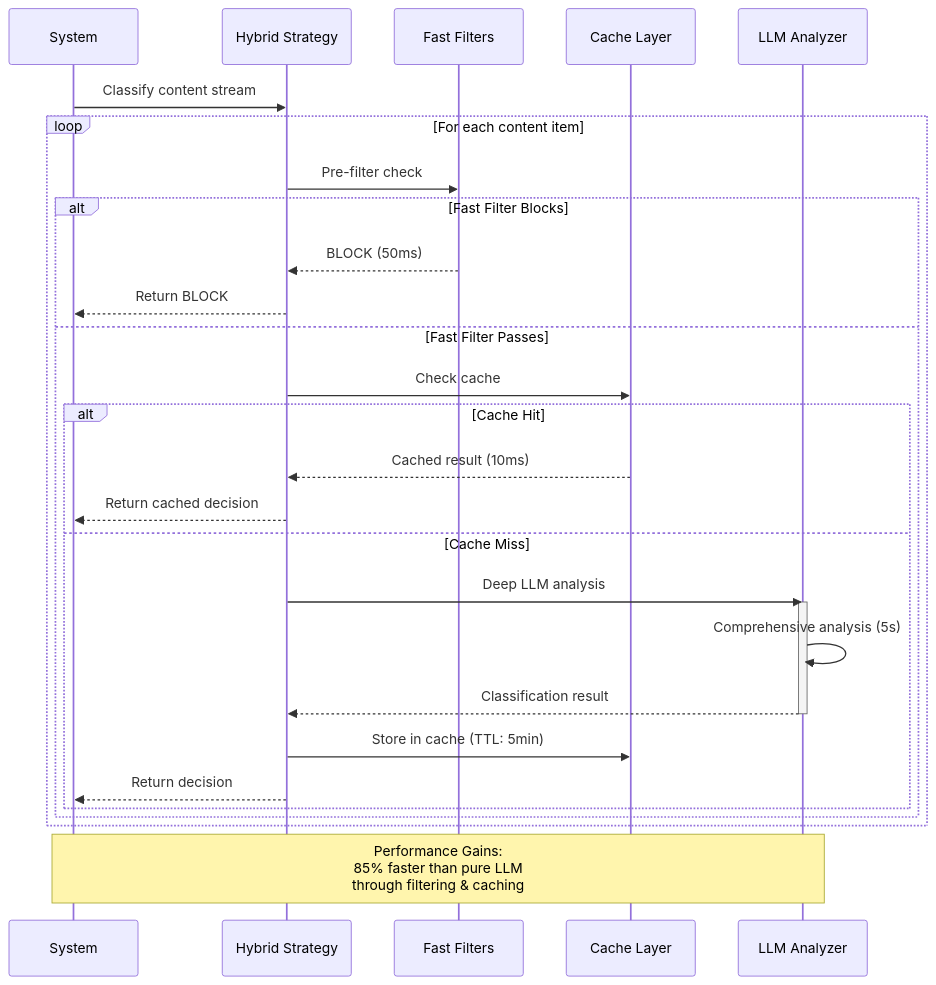
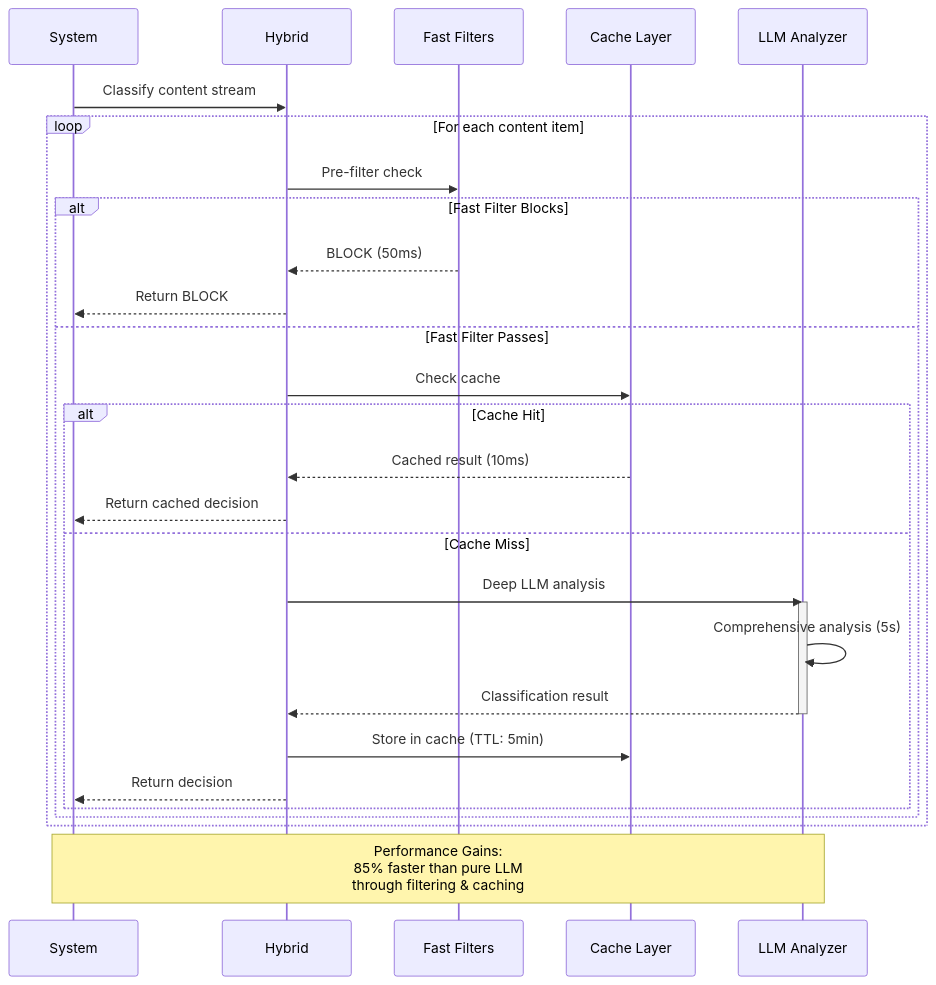
One commit to gitmujoshi/ai-curation-engine-cursor-generated changed diagram 12 of 14 in docs/architecture/UML_ARCHITECTURE_4PLUS1.md. Above: the diagram before and after it, drawn with Mermaid. The commit also changed other lines of this file, not shown here.

Commit message:
Fix Hybrid Strategy diagram rendering
- Changed participant alias from 'Hybrid Strategy' to 'Hybrid'
- Mermaid was not rendering due to ambiguous participant naming
- Both sequence diagrams with Hybrid participant now fixed
- Maintains semantic clarity while fixing rendering issue

````diff
--- a/docs/architecture/UML_ARCHITECTURE_4PLUS1.md
+++ b/docs/architecture/UML_ARCHITECTURE_4PLUS1.md
@@ -672,37 +672,37 @@
 ```mermaid
 sequenceDiagram
     participant S as System
-    participant H as Hybrid Strategy
+    participant H as Hybrid
     participant F as Fast Filters
     participant C as Cache Layer
     participant L as LLM Analyzer
     
     S->>H: Classify content stream
     
     loop For each content item
         H->>F: Pre-filter check
         
         alt Fast Filter Blocks
             F-->>H: BLOCK (50ms)
             H-->>S: Return BLOCK
         else Fast Filter Passes
             H->>C: Check cache
             
             alt Cache Hit
                 C-->>H: Cached result (10ms)
                 H-->>S: Return cached decision
             else Cache Miss
                 H->>L: Deep LLM analysis
                 activate L
                 L->>L: Comprehensive analysis (5s)
                 L-->>H: Classification result
                 deactivate L
                 
                 H->>C: Store in cache (TTL: 5min)
                 H-->>S: Return decision
             end
         end
     end
     
     Note over S,L: Performance Gains:<br/>85% faster than pure LLM<br/>through filtering & caching
 ```
````
